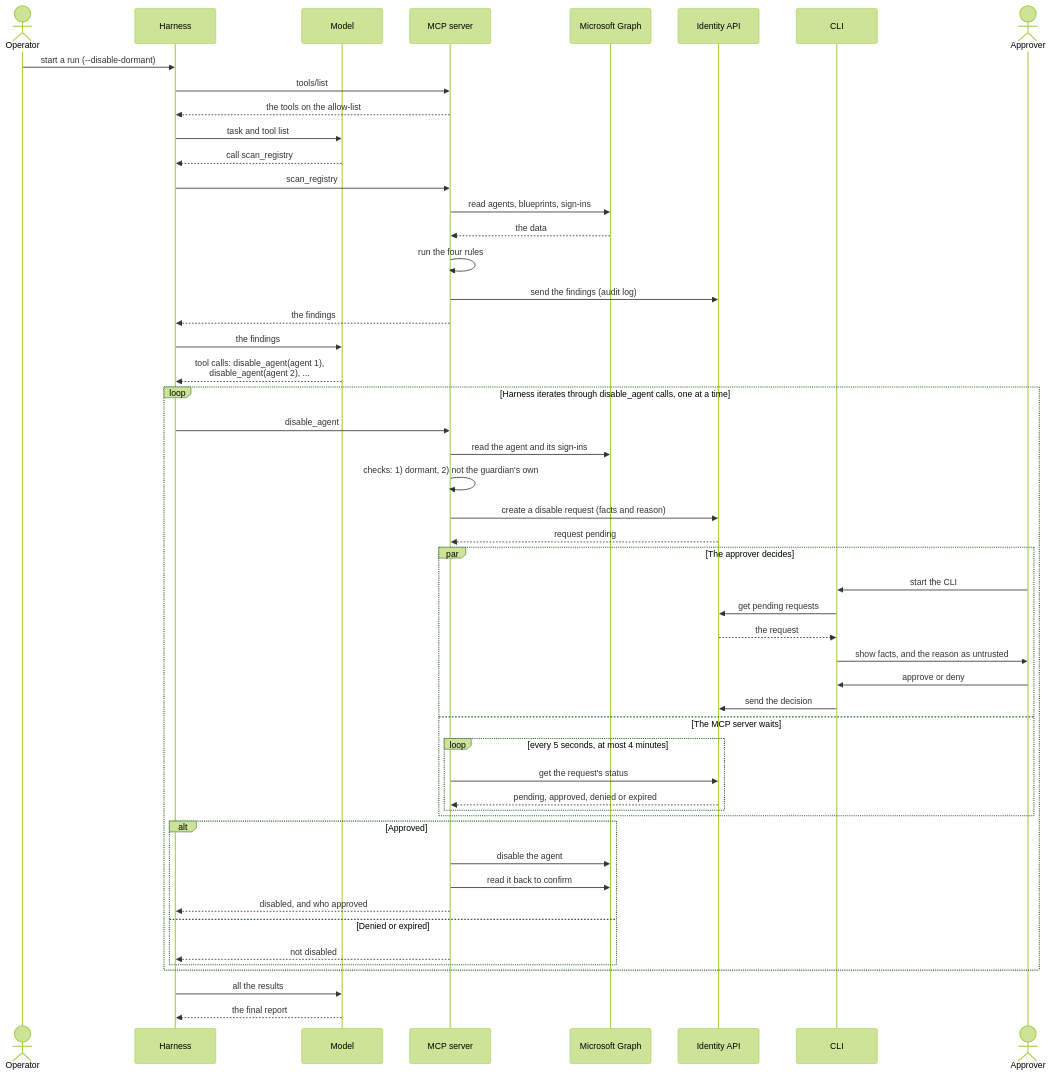
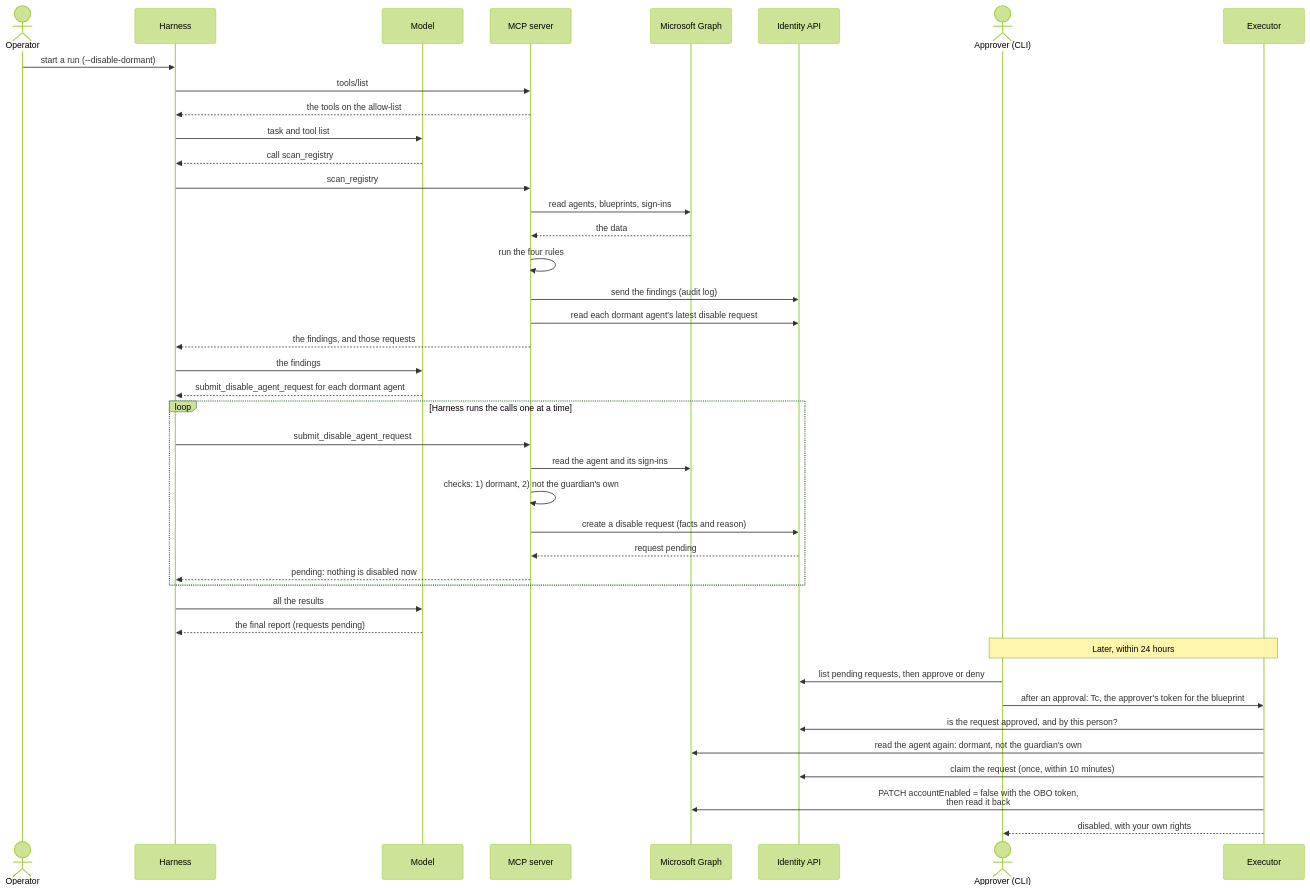
One commit to alireza-mpr/agent-steward changed the second of 4 diagrams in docs/agent-steward-architecture.md. Above: the diagram before and after it, drawn with Mermaid (forest theme). The commit also changed other lines of this file and 15 other files, not shown here.

First line of the commit message:
docs: the agent proposes, the approver decides: executor, OBO, no app-only write role

````diff
--- a/docs/agent-steward-architecture.md
+++ b/docs/agent-steward-architecture.md
@@ -94,59 +117,46 @@
 ```mermaid
 sequenceDiagram
     actor O as Operator
     participant H as Harness
     participant L as Model
     participant M as MCP server
     participant G as Microsoft Graph
     participant A as Identity API
-    participant C as CLI
-    actor P as Approver
+    actor P as Approver (CLI)
+    participant X as Executor
 
     O->>H: start a run (--disable-dormant)
     H->>M: tools/list
     M-->>H: the tools on the allow-list
     H->>L: task and tool list
     L-->>H: call scan_registry
     H->>M: scan_registry
     M->>G: read agents, blueprints, sign-ins
     G-->>M: the data
     M->>M: run the four rules
     M->>A: send the findings (audit log)
-    M-->>H: the findings
+    M->>A: read each dormant agent's latest disable request
+    M-->>H: the findings, and those requests
     H->>L: the findings
 
-    L-->>H: tool calls: disable_agent(agent 1),<br/>disable_agent(agent 2), ...
-
-    loop Harness iterates through disable_agent calls, one at a time
-        H->>M: disable_agent
+    L-->>H: submit_disable_agent_request for each dormant agent
+    loop Harness runs the calls one at a time
+        H->>M: submit_disable_agent_request
         M->>G: read the agent and its sign-ins
         M->>M: checks: 1) dormant, 2) not the guardian's own
         M->>A: create a disable request (facts and reason)
         A-->>M: request pending
+        M-->>H: pending: nothing is disabled now
+    end
+    H->>L: all the results
+    L-->>H: the final report (requests pending)
 
-        par The approver decides
-            P->>C: start the CLI
-            C->>A: get pending requests
-            A-->>C: the request
-            C->>P: show facts, and the reason as untrusted
-            P->>C: approve or deny
-            C->>A: send the decision
-        and The MCP server waits
-            loop every 5 seconds, at most 4 minutes
-                M->>A: get the request's status
-                A-->>M: pending, approved, denied or expired
-            end
-        end
-
-        alt Approved
-            M->>G: disable the agent
-            M->>G: read it back to confirm
-            M-->>H: disabled, and who approved
-        else Denied or expired
-            M-->>H: not disabled
-        end
-    end
-
-    H->>L: all the results
-    L-->>H: the final report
+    Note over P,X: Later, within 24 hours
+    P->>A: list pending requests, then approve or deny
+    P->>X: after an approval: Tc, the approver's token for the blueprint
+    X->>A: is the request approved, and by this person?
+    X->>G: read the agent again: dormant, not the guardian's own
+    X->>A: claim the request (once, within 10 minutes)
+    X->>G: PATCH accountEnabled = false with the OBO token,<br/>then read it back
+    X-->>P: disabled, with your own rights
 ```
````
